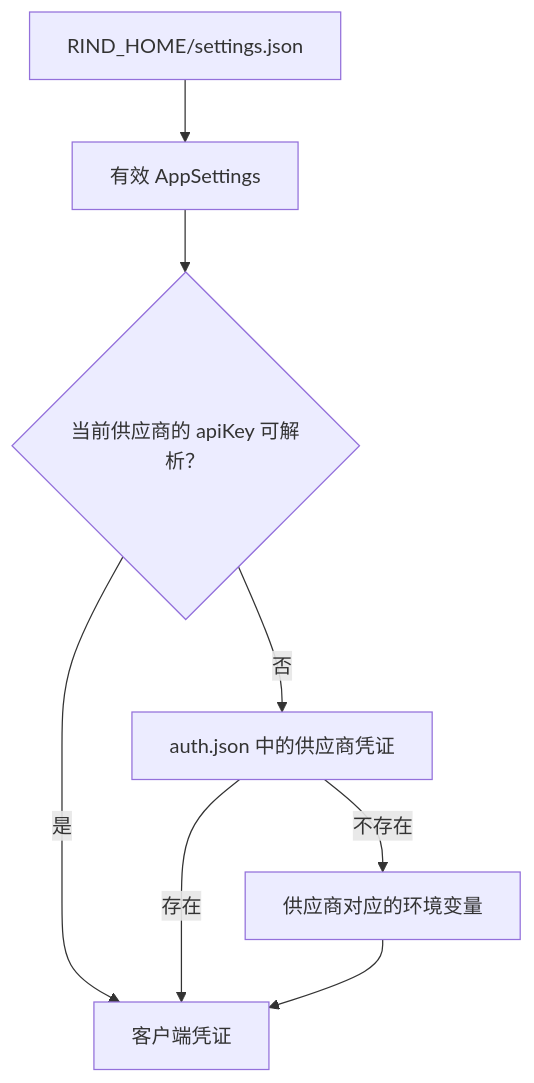
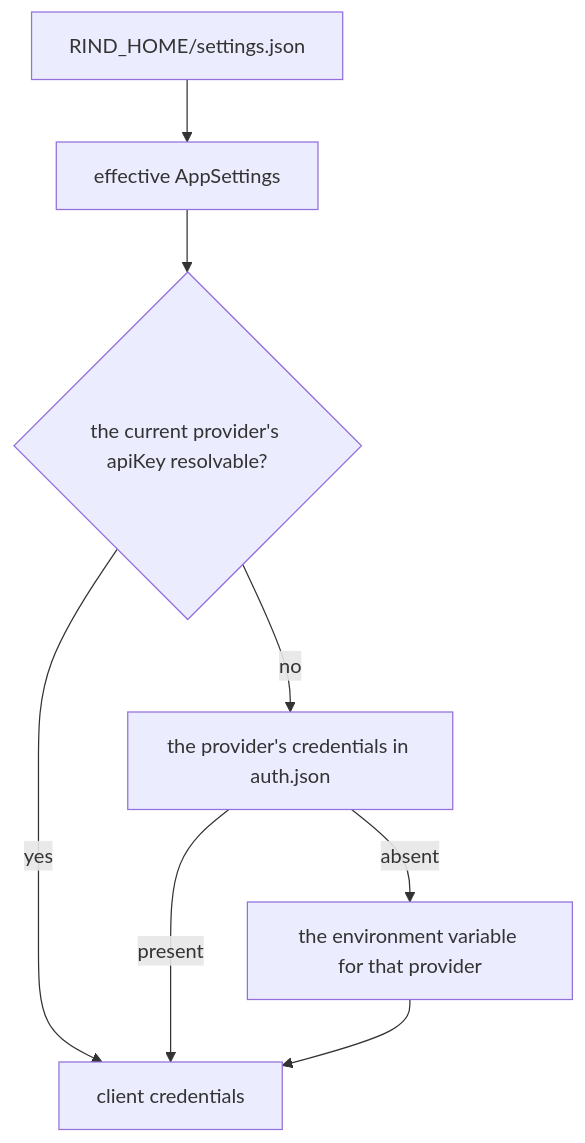
Before and after one commit to Azzurroooo/rind: the diagram in docs/internals/06-models/authentication-and-settings.md, drawn with Mermaid. The commit also changed other lines of this file and 109 other files, not shown here.

```diff
--- a/docs/internals/06-models/authentication-and-settings.md
+++ b/docs/internals/06-models/authentication-and-settings.md
@@ -5,10 +7,10 @@
 ~~~mermaid
 flowchart TD
-    U["RIND_HOME/settings.json"] --> S["有效 AppSettings"]
-    S --> K{"当前供应商的 apiKey 可解析？"}
-    K -->|"是"| C["客户端凭证"]
-    K -->|"否"| A["auth.json 中的供应商凭证"]
-    A -->|"存在"| C
-    A -->|"不存在"| E["供应商对应的环境变量"]
+    U["RIND_HOME/settings.json"] --> S["effective AppSettings"]
+    S --> K{"the current provider's apiKey resolvable?"}
+    K -->|"yes"| C["client credentials"]
+    K -->|"no"| A["the provider's credentials in auth.json"]
+    A -->|"present"| C
+    A -->|"absent"| E["the environment variable for that provider"]
     E --> C
 ~~~
```
